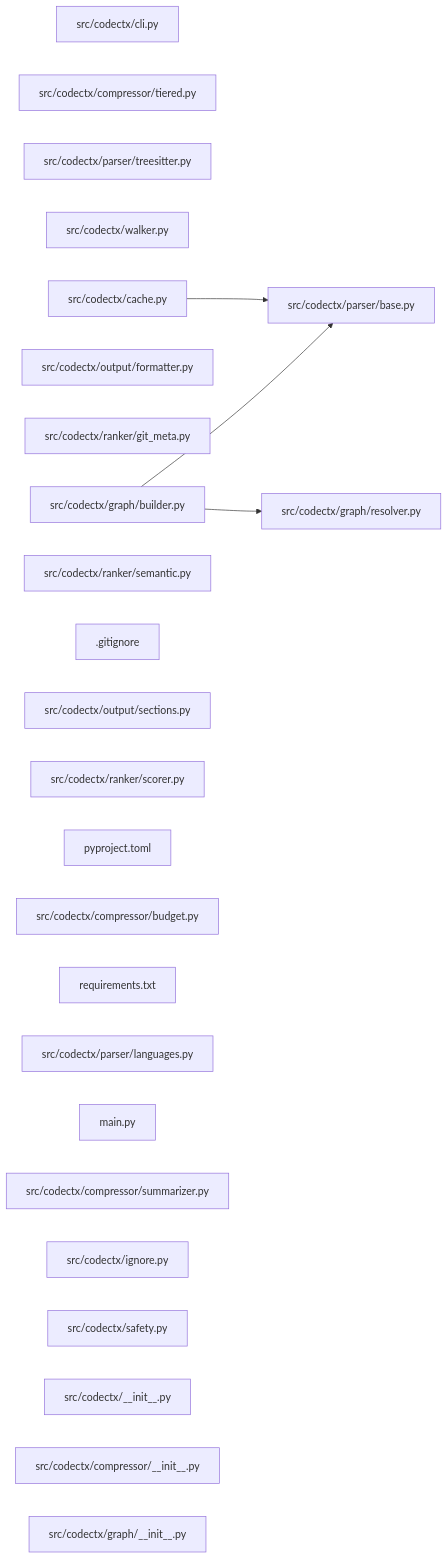
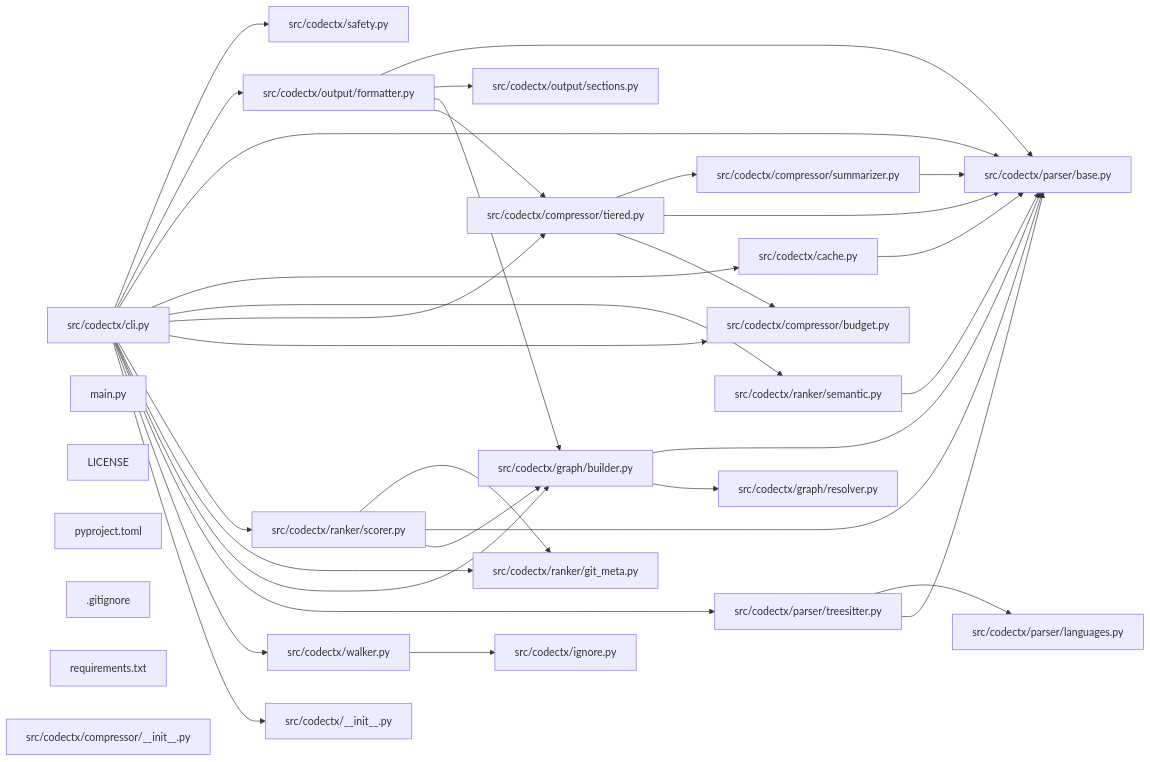
Before and after one commit to hey-granth/codectx: the diagram in CONTEXT.md, drawn with Mermaid. The commit also changed other lines of this file and 12 other files, not shown here.

````diff
--- a/CONTEXT.md
+++ b/CONTEXT.md
@@ -9,31 +3577,59 @@
 ```mermaid
 graph LR
-    f0["src/codectx/cli.py"]
-    f1["src/codectx/parser/base.py"]
-    f2["src/codectx/compressor/tiered.py"]
+    f0["src/codectx/parser/base.py"]
+    f1["src/codectx/compressor/tiered.py"]
+    f2["src/codectx/graph/builder.py"]
     f3["src/codectx/parser/treesitter.py"]
-    f4["src/codectx/walker.py"]
-    f5["src/codectx/cache.py"]
-    f6["src/codectx/graph/resolver.py"]
-    f7["src/codectx/output/formatter.py"]
-    f8["src/codectx/ranker/git_meta.py"]
-    f9["src/codectx/graph/builder.py"]
+    f4["src/codectx/cli.py"]
+    f5["src/codectx/output/formatter.py"]
+    f6["src/codectx/ranker/git_meta.py"]
+    f7["src/codectx/ranker/scorer.py"]
+    f8["src/codectx/compressor/budget.py"]
+    f9["src/codectx/walker.py"]
     f10["src/codectx/ranker/semantic.py"]
-    f11[".gitignore"]
-    f12["src/codectx/output/sections.py"]
-    f13["src/codectx/ranker/scorer.py"]
-    f14["pyproject.toml"]
-    f15["src/codectx/compressor/budget.py"]
-    f16["requirements.txt"]
-    f17["src/codectx/parser/languages.py"]
-    f18["main.py"]
-    f19["src/codectx/compressor/summarizer.py"]
-    f20["src/codectx/ignore.py"]
-    f21["src/codectx/safety.py"]
-    f22["src/codectx/__init__.py"]
-    f23["src/codectx/compressor/__init__.py"]
-    f24["src/codectx/graph/__init__.py"]
+    f11["src/codectx/output/sections.py"]
+    f12["src/codectx/cache.py"]
+    f13["src/codectx/compressor/summarizer.py"]
+    f14["src/codectx/graph/resolver.py"]
+    f15["main.py"]
+    f16["src/codectx/ignore.py"]
+    f17["src/codectx/safety.py"]
+    f18["src/codectx/__init__.py"]
+    f19["src/codectx/parser/languages.py"]
+    f20["LICENSE"]
+    f21["pyproject.toml"]
+    f22[".gitignore"]
+    f23["requirements.txt"]
+    f24["src/codectx/compressor/__init__.py"]
+    f1 --> f13
+    f1 --> f0
+    f1 --> f8
+    f2 --> f0
+    f2 --> f14
+    f3 --> f19
+    f3 --> f0
+    f4 --> f17
+    f4 --> f5
+    f4 --> f0
+    f4 --> f12
+    f4 --> f10
+    f4 --> f1
+    f4 --> f8
+    f4 --> f7
+    f4 --> f6
+    f4 --> f2
+    f4 --> f3
+    f4 --> f9
+    f4 --> f18
+    f5 --> f0
+    f5 --> f11
+    f5 --> f2
     f5 --> f1
-    f9 --> f1
-    f9 --> f6
+    f7 --> f6
+    f7 --> f0
+    f7 --> f2
+    f9 --> f16
+    f10 --> f0
+    f12 --> f0
+    f13 --> f0
 ```
````
